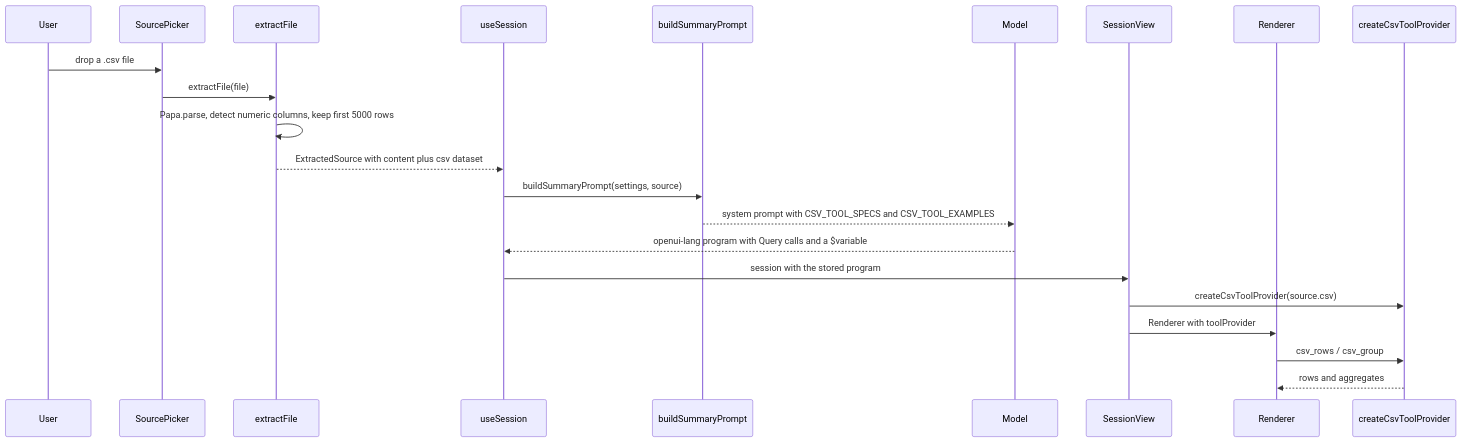
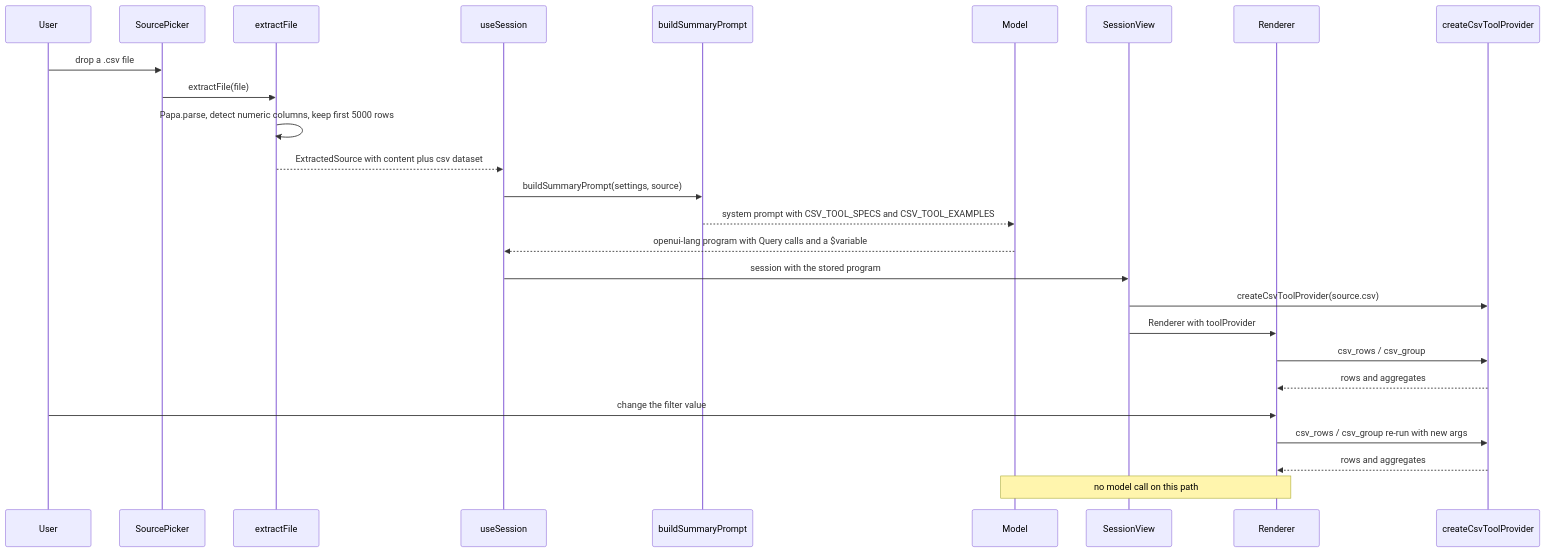
Before and after one commit to tamnt1707/siftlume: the diagram in openwiki/concepts/csv-data-tools.md, drawn with Mermaid. The commit also changed other lines of this file and 33 other files, not shown here.

````diff
--- a/openwiki/concepts/csv-data-tools.md
+++ b/openwiki/concepts/csv-data-tools.md
@@ -43,25 +48,29 @@
 ```mermaid
 sequenceDiagram
   participant U as User
   participant SP as SourcePicker
   participant EX as extractFile
   participant SS as useSession
   participant OP as buildSummaryPrompt
   participant LLM as Model
   participant SV as SessionView
   participant RE as Renderer
   participant TP as createCsvToolProvider
 
   U->>SP: drop a .csv file
   SP->>EX: extractFile(file)
   EX->>EX: Papa.parse, detect numeric columns, keep first 5000 rows
   EX-->>SS: ExtractedSource with content plus csv dataset
   SS->>OP: buildSummaryPrompt(settings, source)
   OP-->>LLM: system prompt with CSV_TOOL_SPECS and CSV_TOOL_EXAMPLES
   LLM-->>SS: openui-lang program with Query calls and a $variable
   SS->>SV: session with the stored program
   SV->>TP: createCsvToolProvider(source.csv)
   SV->>RE: Renderer with toolProvider
   RE->>TP: csv_rows / csv_group
   TP-->>RE: rows and aggregates
+  U->>RE: change the filter value
+  RE->>TP: csv_rows / csv_group re-run with new args
+  TP-->>RE: rows and aggregates
+  Note over RE,LLM: no model call on this path
 ```
````
